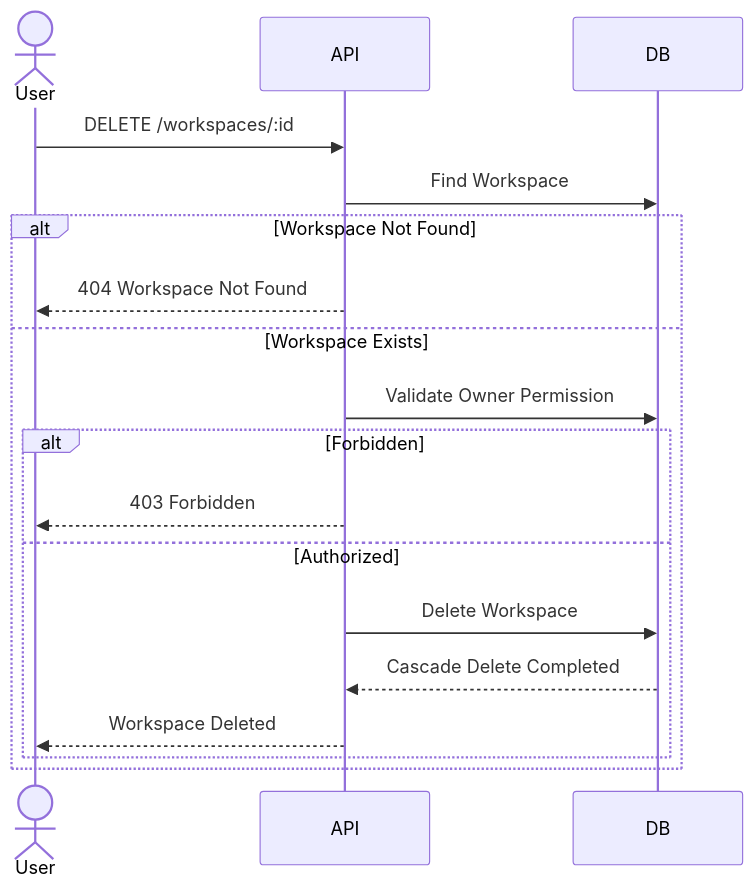
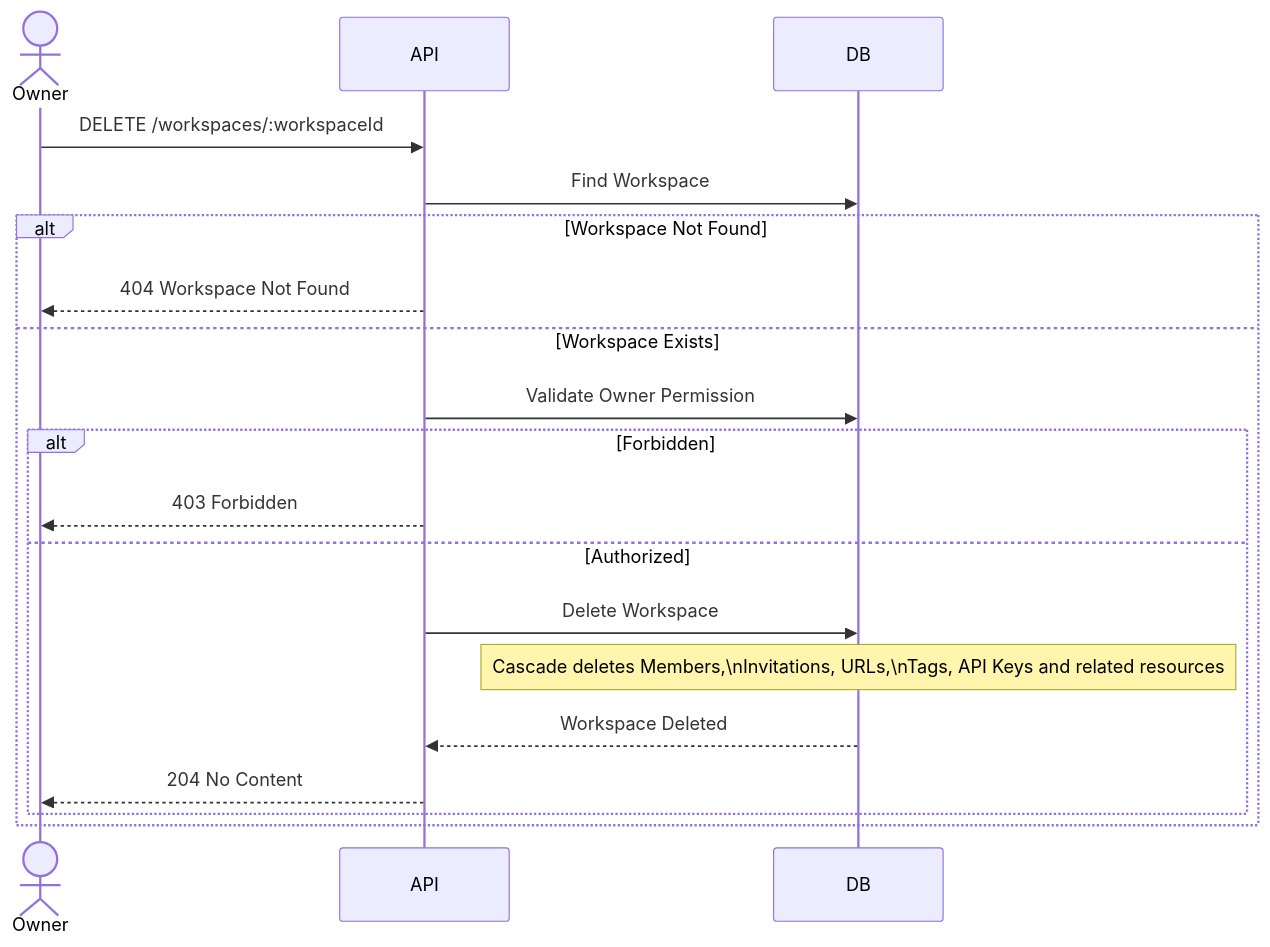
The fifth of 8 diagrams in docs/architecture/workspace/Workspace-Sequence.md (datnguyxn/LinkFlow), drawn with Mermaid before and after one commit. The commit also changed other lines of this file and 14 other files, not shown here.

Commit message:
docs(architecture): add workspace module documentation

````diff
--- a/docs/architecture/workspace/Workspace-Sequence.md
+++ b/docs/architecture/workspace/Workspace-Sequence.md
@@ -191,35 +197,37 @@
 ```mermaid
 sequenceDiagram
 
-    actor User
+    actor Owner
     participant API
     participant DB
 
-    User->>API: DELETE /workspaces/:id
+    Owner->>API: DELETE /workspaces/:workspaceId
 
     API->>DB: Find Workspace
 
     alt Workspace Not Found
 
-        API-->>User: 404 Workspace Not Found
+        API-->>Owner: 404 Workspace Not Found
 
     else Workspace Exists
 
         API->>DB: Validate Owner Permission
 
         alt Forbidden
 
-            API-->>User: 403 Forbidden
+            API-->>Owner: 403 Forbidden
 
         else Authorized
 
             API->>DB: Delete Workspace
 
-            DB-->>API: Cascade Delete Completed
+            Note over DB: Cascade deletes Members,\nInvitations, URLs,\nTags, API Keys and related resources
 
-            API-->>User: Workspace Deleted
+            DB-->>API: Workspace Deleted
+
+            API-->>Owner: 204 No Content
 
         end
 
     end
 ```
````
